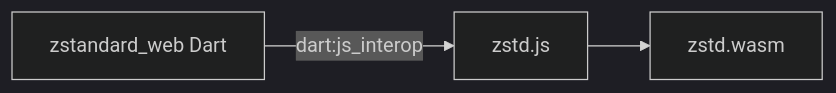
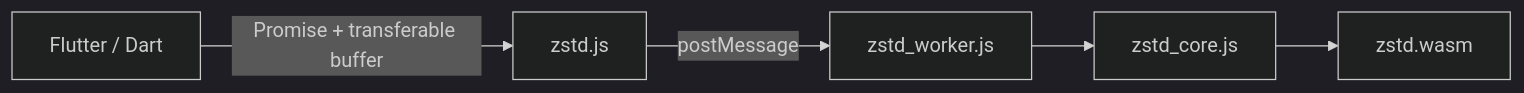
One commit to vypdev/zstandard changed the diagram in docs/architecture/web-implementation.md. Above: the diagram before and after it, drawn with Mermaid (dark theme). The commit also changed other lines of this file and 36 other files, not shown here.

````diff
--- a/docs/architecture/web-implementation.md
+++ b/docs/architecture/web-implementation.md
@@ -7,8 +6,7 @@
 ```mermaid
-graph LR
-    Dart[zstandard_web Dart]
-    JS[zstd.js]
-    WASM[zstd.wasm]
-    Dart -->|dart:js_interop| JS
-    JS --> WASM
+flowchart LR
+    Dart[Flutter / Dart] -->|Promise + transferable buffer| Broker[zstd.js]
+    Broker -->|postMessage| Worker[zstd_worker.js]
+    Worker --> Core[zstd_core.js]
+    Core --> WASM[zstd.wasm]
 ```
````
